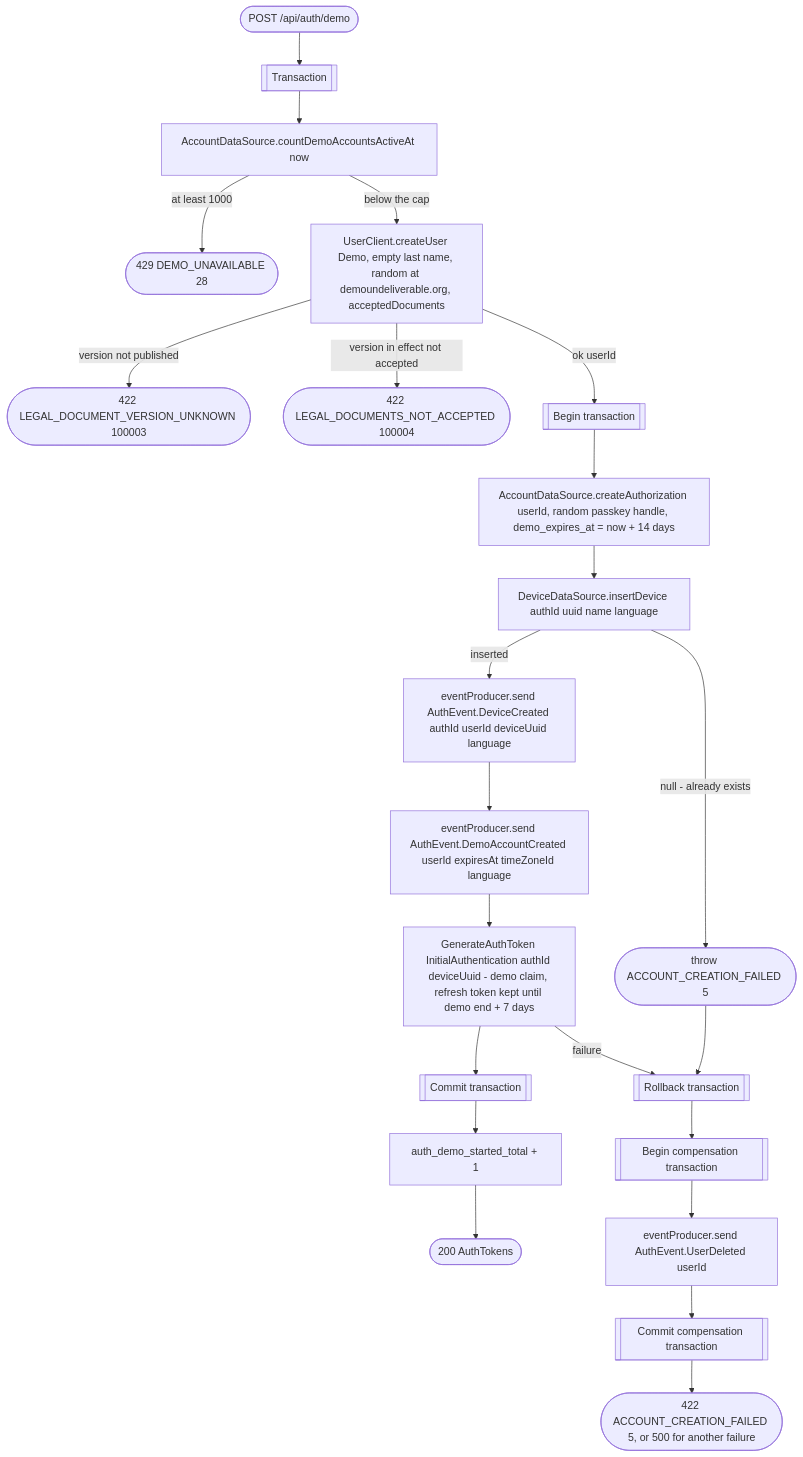
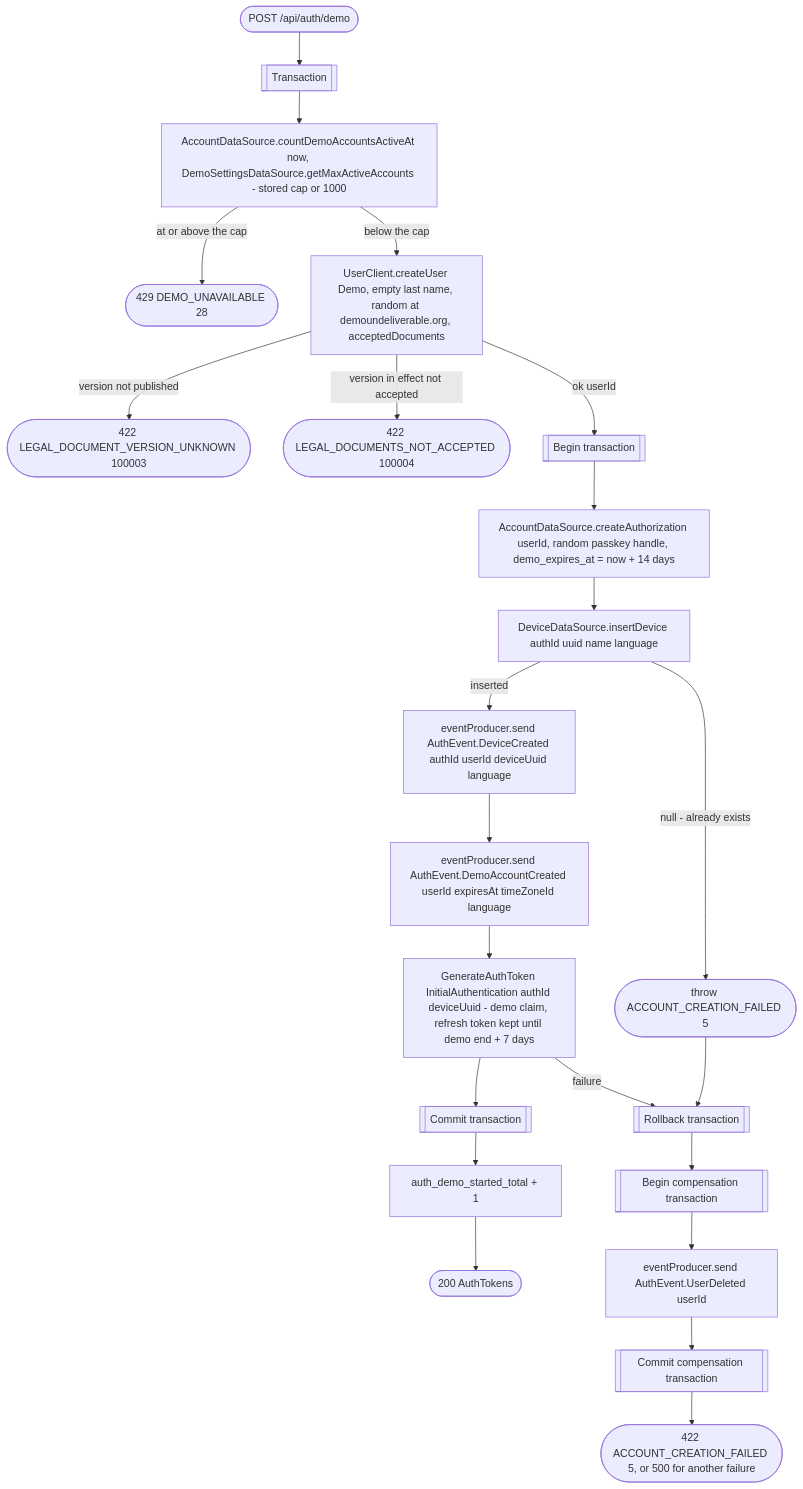
One commit to nocturneproperties/bookkme changed the diagram in docs/operations/authorization/demo-start.md. Above: the diagram before and after it, drawn with Mermaid. The commit also changed other lines of this file and 18 other files, not shown here.

````diff
--- a/docs/operations/authorization/demo-start.md
+++ b/docs/operations/authorization/demo-start.md
@@ -20,22 +23,22 @@
 ```mermaid
 flowchart TD
-    Start([POST /api/auth/demo]) --> CountTx[[Transaction]] --> Count[AccountDataSource.countDemoAccountsActiveAt now]
-    Count -- at least 1000 --> R429([429 DEMO_UNAVAILABLE 28])
+    Start([POST /api/auth/demo]) --> CountTx[[Transaction]] --> Count[AccountDataSource.countDemoAccountsActiveAt now, DemoSettingsDataSource.getMaxActiveAccounts - stored cap or 1000]
+    Count -- at or above the cap --> R429([429 DEMO_UNAVAILABLE 28])
     Count -- below the cap --> CreateUser[UserClient.createUser Demo, empty last name, random at demoundeliverable.org, acceptedDocuments]
     CreateUser -- version not published --> R422c([422 LEGAL_DOCUMENT_VERSION_UNKNOWN 100003])
     CreateUser -- version in effect not accepted --> R422d([422 LEGAL_DOCUMENTS_NOT_ACCEPTED 100004])
     CreateUser -- ok userId --> Tx[[Begin transaction]]
     Tx --> CreateAuth[AccountDataSource.createAuthorization userId, random passkey handle, demo_expires_at = now + 14 days]
     CreateAuth --> NewDevice[DeviceDataSource.insertDevice authId uuid name language]
     NewDevice -- null - already exists --> Fail([throw ACCOUNT_CREATION_FAILED 5])
     NewDevice -- inserted --> DeviceEvt[eventProducer.send AuthEvent.DeviceCreated authId userId deviceUuid language]
     DeviceEvt --> DemoEvt[eventProducer.send AuthEvent.DemoAccountCreated userId expiresAt timeZoneId language]
     DemoEvt --> Token[GenerateAuthToken InitialAuthentication authId deviceUuid - demo claim, refresh token kept until demo end + 7 days]
     Token --> TxEnd[[Commit transaction]] --> Count2[auth_demo_started_total + 1] --> R200([200 AuthTokens])
     Token -- failure --> Rollback
     Fail --> Rollback[[Rollback transaction]]
     Rollback --> CompTx[[Begin compensation transaction]]
     CompTx --> Compensate[eventProducer.send AuthEvent.UserDeleted userId]
     Compensate --> CompEnd[[Commit compensation transaction]]
     CompEnd --> R422e([422 ACCOUNT_CREATION_FAILED 5, or 500 for another failure])
 ```
````
